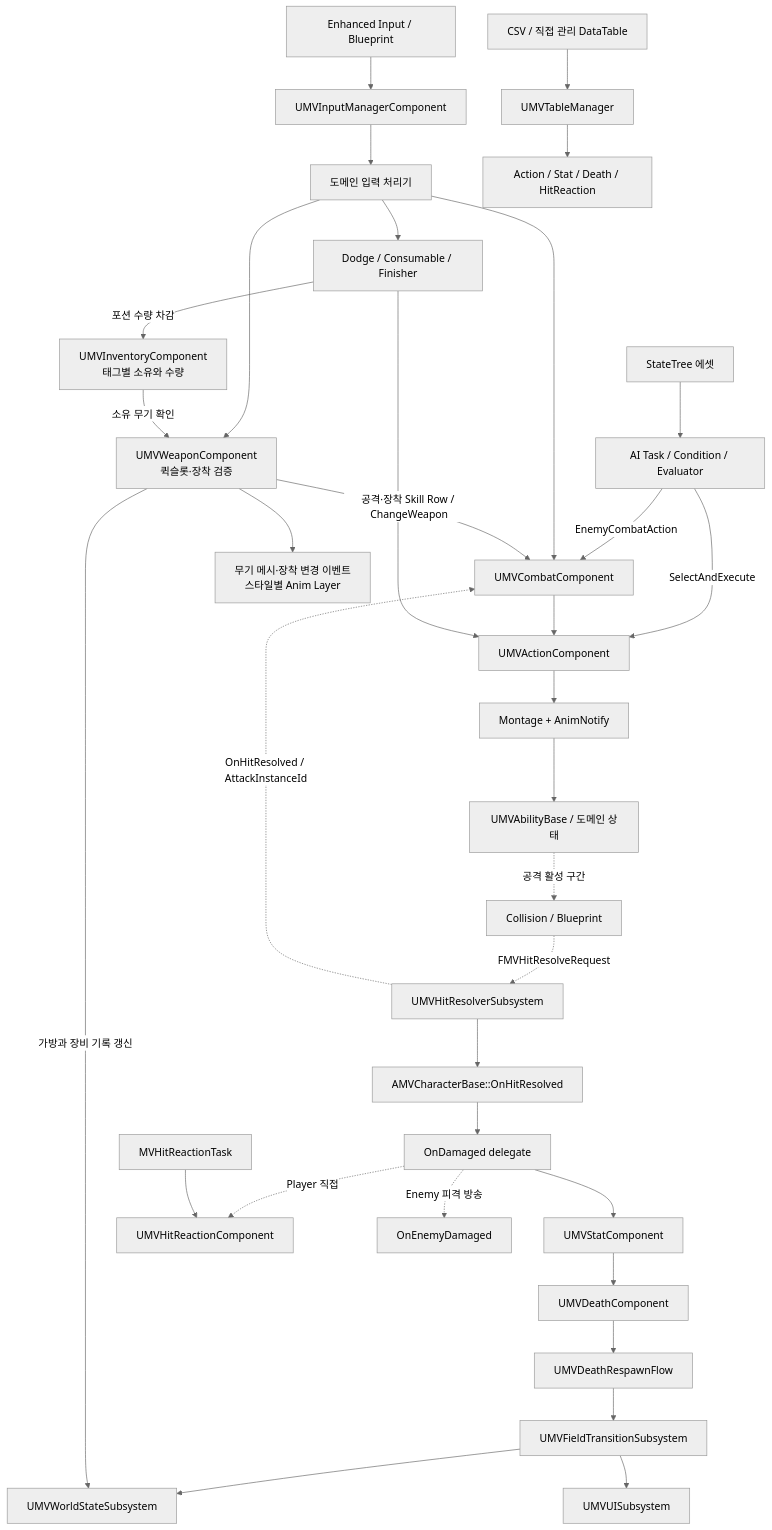
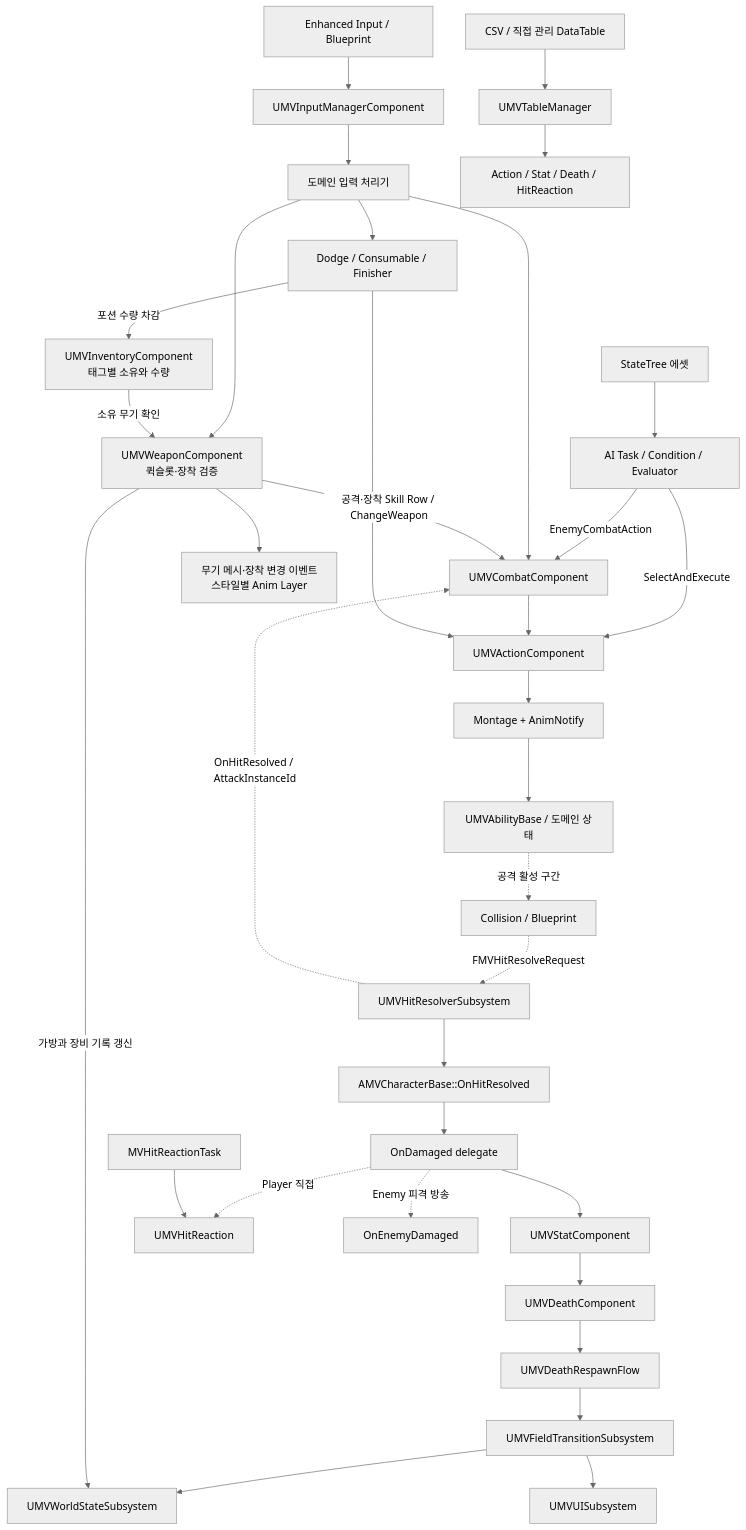
The diagram in docs/wiki/Architecture/document.md (DreamersStudio3/Maverick), drawn with Mermaid (neutral theme) before and after one commit. The commit also changed other lines of this file and 4 other files, not shown here.

````diff
--- a/docs/wiki/Architecture/document.md
+++ b/docs/wiki/Architecture/document.md
@@ -19,36 +20,36 @@
 ```mermaid
 flowchart TD
     Input["Enhanced Input / Blueprint"] --> InputManager["UMVInputManagerComponent"]
     StateTree["StateTree 에셋"] --> AITasks["AI Task / Condition / Evaluator"]
     InputManager --> Handlers["도메인 입력 처리기"]
     AITasks -->|SelectAndExecute| Action["UMVActionComponent"]
     AITasks -->|EnemyCombatAction| Combat["UMVCombatComponent"]
     Handlers --> Combat
     Handlers --> Weapon["UMVWeaponComponent<br/>퀵슬롯·장착 검증"]
     Weapon -->|공격·장착 Skill Row / ChangeWeapon| Combat
     Weapon --> WeaponVisual["무기 메시·장착 변경 이벤트<br/>스타일별 Anim Layer"]
     Handlers --> PlayerDomains["Dodge / Consumable / Finisher"]
     Inventory["UMVInventoryComponent<br/>태그별 소유와 수량"] -->|소유 무기 확인| Weapon
     PlayerDomains -->|포션 수량 차감| Inventory
     Combat --> Action
     PlayerDomains --> Action
     Action --> Montage["Montage + AnimNotify"]
     Montage --> Ability["UMVAbilityBase / 도메인 상태"]
     Ability -. "공격 활성 구간" .-> HitSource["Collision / Blueprint"]
     HitSource -. "FMVHitResolveRequest" .-> HitResolver["UMVHitResolverSubsystem"]
     HitResolver -. "OnHitResolved / AttackInstanceId" .-> Combat
     HitResolver --> CharacterBridge["AMVCharacterBase::OnHitResolved"]
     CharacterBridge --> OnDamaged["OnDamaged delegate"]
     OnDamaged --> Stat["UMVStatComponent"]
-    OnDamaged -. "Player 직접" .-> HitReaction["UMVHitReactionComponent"]
+    OnDamaged -. "Player 직접" .-> HitReaction["UMVHitReaction"]
     OnDamaged -. "Enemy 피격 방송" .-> EnemyDamaged["OnEnemyDamaged"]
     EnemyTask["MVHitReactionTask"] --> HitReaction
     Stat --> Death["UMVDeathComponent"]
     Death --> Respawn["UMVDeathRespawnFlow"]
     Respawn --> Transition["UMVFieldTransitionSubsystem"]
     Transition --> WorldState["UMVWorldStateSubsystem"]
     Weapon -->|가방과 장비 기록 갱신| WorldState
     Transition --> UI["UMVUISubsystem"]
     Tables["CSV / 직접 관리 DataTable"] --> TableManager["UMVTableManager"]
     TableManager --> RuntimeConsumers["Action / Stat / Death / HitReaction"]
 ```
````
